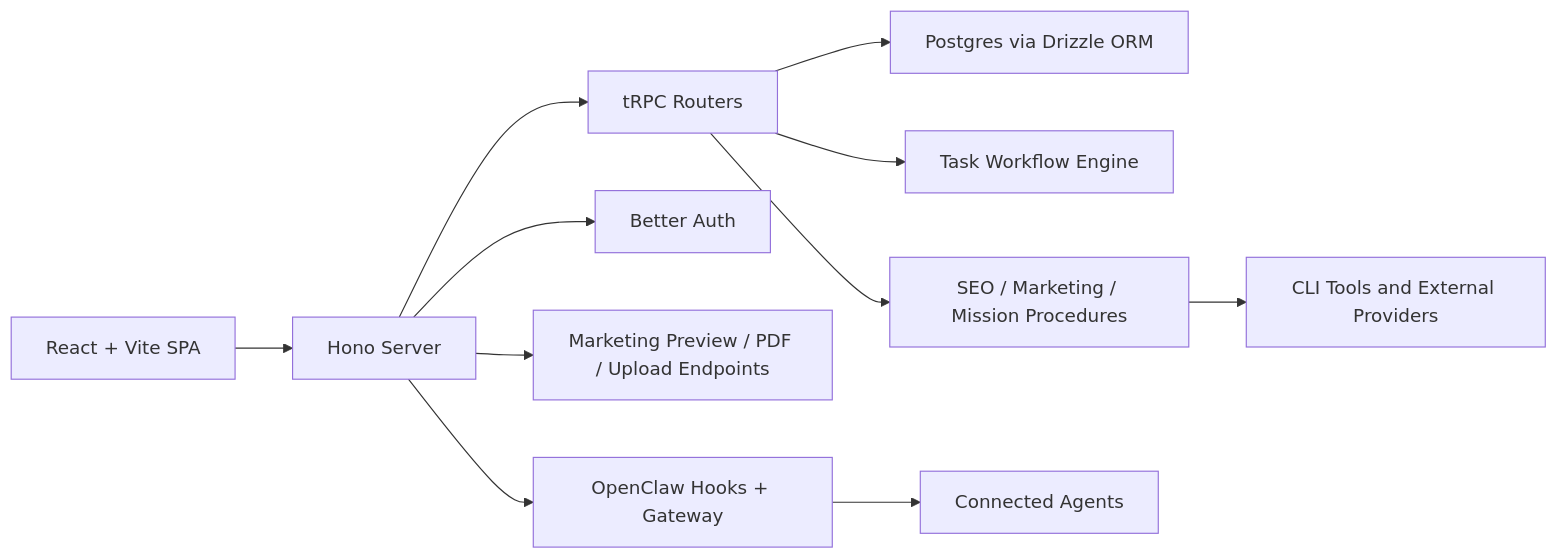
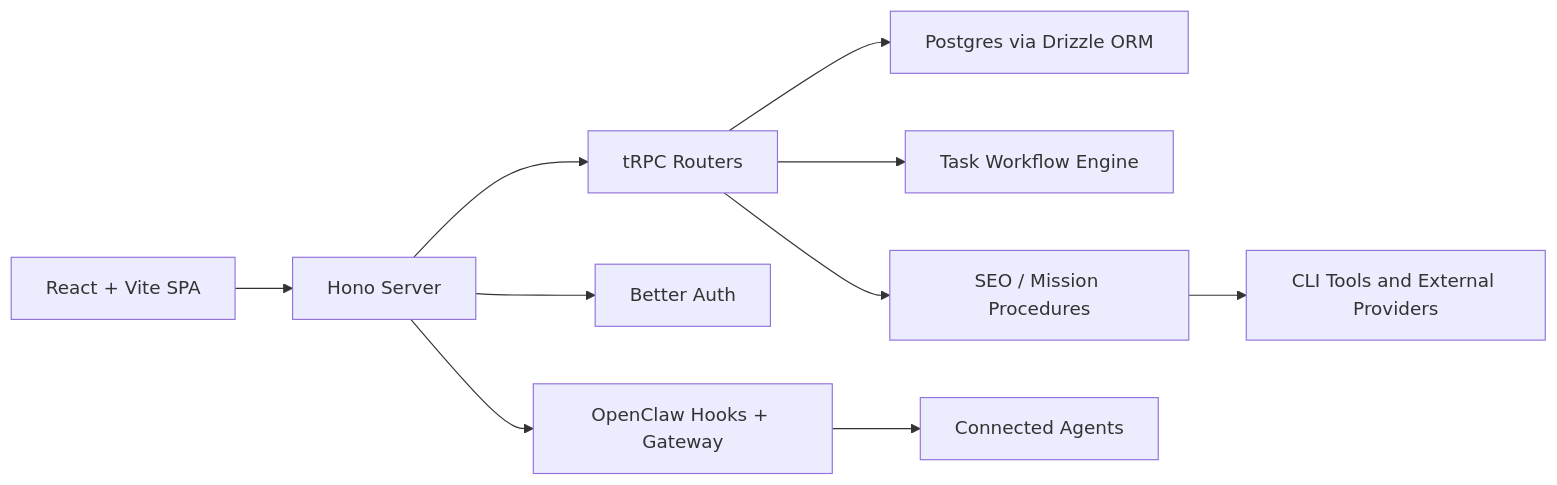
Before and after one commit to tanushmahalka/hq: the diagram in README.md, drawn with Mermaid. The commit also changed other lines of this file and 69 other files, not shown here.

Commit message:
Fix global seo CLI symlink resolution

````diff
--- a/README.md
+++ b/README.md
@@ -85,13 +76,12 @@
 ```mermaid
 flowchart LR
     A["React + Vite SPA"] --> B["Hono Server"]
     B --> C["tRPC Routers"]
     C --> D["Postgres via Drizzle ORM"]
     B --> E["Better Auth"]
-    B --> F["Marketing Preview / PDF / Upload Endpoints"]
-    B --> G["OpenClaw Hooks + Gateway"]
-    G --> H["Connected Agents"]
-    C --> I["Task Workflow Engine"]
-    C --> J["SEO / Marketing / Mission Procedures"]
-    J --> K["CLI Tools and External Providers"]
+    B --> F["OpenClaw Hooks + Gateway"]
+    F --> G["Connected Agents"]
+    C --> H["Task Workflow Engine"]
+    C --> I["SEO / Mission Procedures"]
+    I --> J["CLI Tools and External Providers"]
 ```
````
